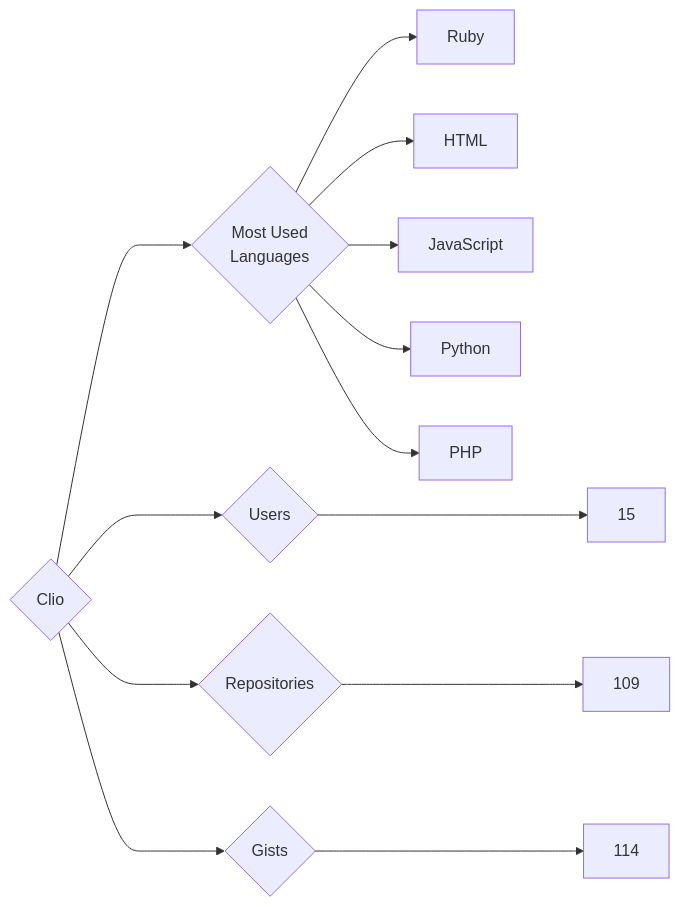
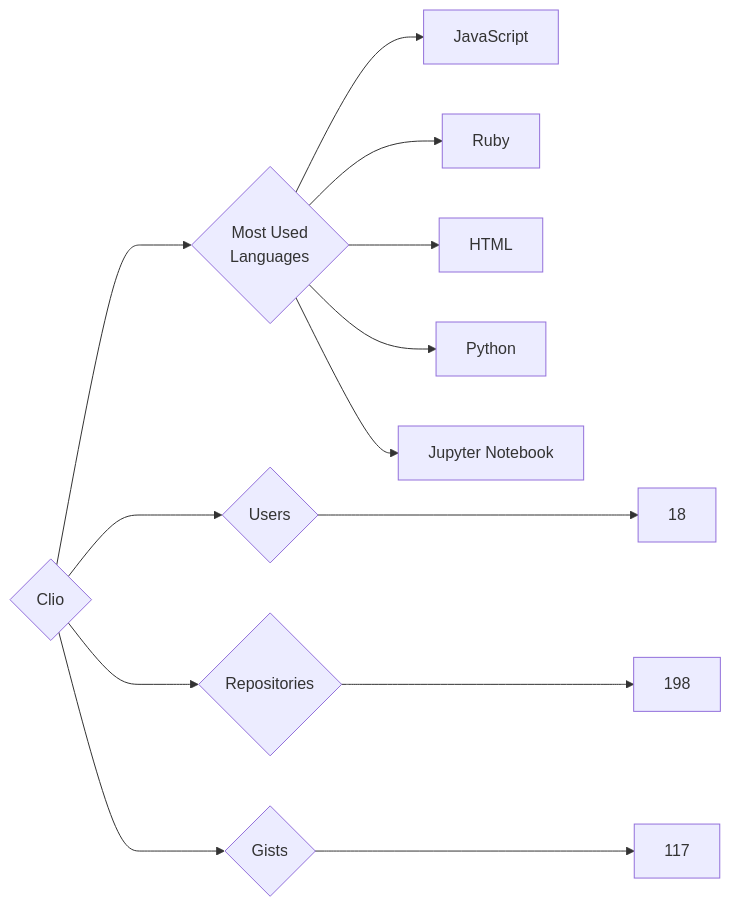
The diagram in targets/Clio/README.md (trickest/insiders), drawn with Mermaid before and after one commit. The commit also changed 772 other files, not shown here.

````diff
--- a/targets/Clio/README.md
+++ b/targets/Clio/README.md
@@ -3,13 +3,13 @@
 ```mermaid
 graph LR
 COMPANY_NAME{Clio}
-COMPANY_NAME ---> U{Users} ---> UN[15]
-COMPANY_NAME ---> R{Repositories} ---> RN[109]
-COMPANY_NAME ---> G{Gists} ---> GN[114]
+COMPANY_NAME ---> U{Users} ---> UN[18]
+COMPANY_NAME ---> R{Repositories} ---> RN[198]
+COMPANY_NAME ---> G{Gists} ---> GN[117]
 COMPANY_NAME ---> ML{Most Used<br>Languages}
+ML --> JavaScript[JavaScript]
 ML --> Ruby[Ruby]
 ML --> HTML[HTML]
-ML --> JavaScript[JavaScript]
 ML --> Python[Python]
-ML --> PHP[PHP]
+ML --> Jupyter_Notebook[Jupyter Notebook]
 ```
````
